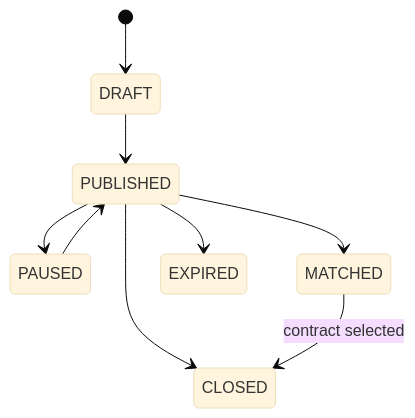
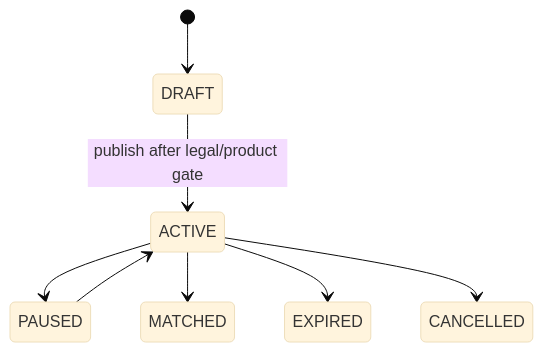
One commit to nurgeldiserikbay/QaryzLinkDocs changed the third of 9 diagrams in docs/01-business/STATE_MACHINES.md. Above: the diagram before and after it, drawn with Mermaid (base theme). The commit also changed other lines of this file, not shown here.

```diff
--- a/docs/01-business/STATE_MACHINES.md
+++ b/docs/01-business/STATE_MACHINES.md
@@ -24,11 +41,10 @@
 ~~~mermaid
 stateDiagram-v2
     [*] --> DRAFT
-    DRAFT --> PUBLISHED
-    PUBLISHED --> PAUSED
-    PAUSED --> PUBLISHED
-    PUBLISHED --> MATCHED
-    PUBLISHED --> EXPIRED
-    PUBLISHED --> CLOSED
-    MATCHED --> CLOSED: contract selected
+    DRAFT --> ACTIVE: publish after legal/product gate
+    ACTIVE --> PAUSED
+    PAUSED --> ACTIVE
+    ACTIVE --> MATCHED
+    ACTIVE --> EXPIRED
+    ACTIVE --> CANCELLED
 ~~~
```
